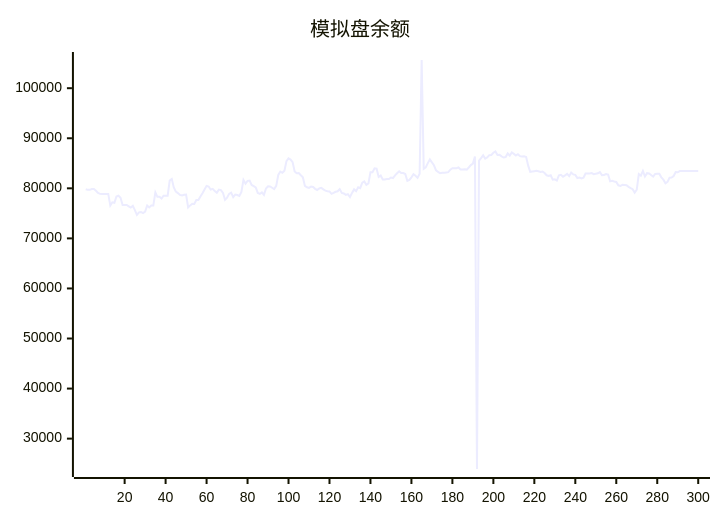
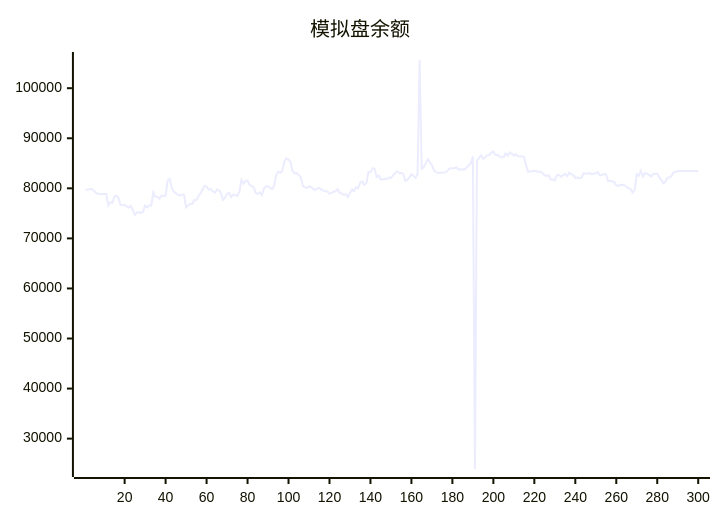
The diagram in README.md (aahl/ai-trading), drawn with Mermaid before and after one commit. The commit also changed other lines of this file and 1 other file, not shown here.

````diff
--- a/README.md
+++ b/README.md
@@ -5,5 +5,5 @@
 ```mermaid
 xychart
     title "模拟盘余额"
-    line [79819,79692,79692,79850,79850,79518,79071,78889,78850,78850,78878,78878,76554,77202,77103,78357,78510,78106,76678,76677,76672,76411,76159,76485,75656,74695,75197,75246,75052,75334,76564,76179,76553,76551,79196,78300,78300,77944,78531,78531,78521,81564,81884,80160,79335,79055,78675,78580,78708,78764,76179,76586,76902,76876,77658,77669,78346,79023,79769,80497,80366,79761,79896,79448,79126,79749,79658,79097,77695,78114,78888,79126,78249,78738,78653,78478,79271,81680,80923,81488,81527,80681,80455,80190,79084,78879,79193,78686,79954,80403,80374,80118,79848,80491,82665,83351,83098,83525,85430,85983,85737,85221,83378,83014,83043,82613,82216,80477,80208,80081,80348,80277,79894,79670,79965,80093,79786,79542,79406,79371,78893,79087,79304,79406,79841,79072,78978,78696,78846,78272,79085,79787,79442,80198,80031,81120,81379,80718,80985,83214,83212,83993,83921,82270,82547,81776,81776,81866,81866,82158,82061,82596,83000,83408,83041,83050,82858,81503,81691,82188,82812,82517,82092,82901,105633,83898,84180,85030,85781,85178,84604,83569,83298,83008,83093,83107,83175,83228,83729,84025,84017,84019,84177,83775,83762,83785,83738,84160,84639,84939,86370,23934,85548,86046,86599,85942,86161,86622,86664,87115,87369,86666,86685,86384,86152,86243,86969,86548,87164,86885,86566,86809,86427,86348,86417,86273,84538,83299,83369,83430,83490,83404,83270,83362,83056,82605,82459,82614,81734,81788,81551,82598,82702,82320,82580,82878,82426,83139,82778,82686,82056,82166,81963,82110,82951,82983,82984,83038,82838,82915,82998,83235,82642,82682,82858,82746,81396,81512,81362,81277,80600,80461,80699,80673,80616,80288,80038,79836,79142,79722,82837,82533,83480,82366,83032,82960,82654,82330,82883,82934,82901,82188,81728,81005,81298,82110,82135,82449,83264,83203,83440,83439,83440,83440,83446,83447,83448,83447,83448,83449]
+    line [79692,79692,79850,79850,79518,79071,78889,78850,78850,78878,78878,76554,77202,77103,78357,78510,78106,76678,76677,76672,76411,76159,76485,75656,74695,75197,75246,75052,75334,76564,76179,76553,76551,79196,78300,78300,77944,78531,78531,78521,81564,81884,80160,79335,79055,78675,78580,78708,78764,76179,76586,76902,76876,77658,77669,78346,79023,79769,80497,80366,79761,79896,79448,79126,79749,79658,79097,77695,78114,78888,79126,78249,78738,78653,78478,79271,81680,80923,81488,81527,80681,80455,80190,79084,78879,79193,78686,79954,80403,80374,80118,79848,80491,82665,83351,83098,83525,85430,85983,85737,85221,83378,83014,83043,82613,82216,80477,80208,80081,80348,80277,79894,79670,79965,80093,79786,79542,79406,79371,78893,79087,79304,79406,79841,79072,78978,78696,78846,78272,79085,79787,79442,80198,80031,81120,81379,80718,80985,83214,83212,83993,83921,82270,82547,81776,81776,81866,81866,82158,82061,82596,83000,83408,83041,83050,82858,81503,81691,82188,82812,82517,82092,82901,105633,83898,84180,85030,85781,85178,84604,83569,83298,83008,83093,83107,83175,83228,83729,84025,84017,84019,84177,83775,83762,83785,83738,84160,84639,84939,86370,23934,85548,86046,86599,85942,86161,86622,86664,87115,87369,86666,86685,86384,86152,86243,86969,86548,87164,86885,86566,86809,86427,86348,86417,86273,84538,83299,83369,83430,83490,83404,83270,83362,83056,82605,82459,82614,81734,81788,81551,82598,82702,82320,82580,82878,82426,83139,82778,82686,82056,82166,81963,82110,82951,82983,82984,83038,82838,82915,82998,83235,82642,82682,82858,82746,81396,81512,81362,81277,80600,80461,80699,80673,80616,80288,80038,79836,79142,79722,82837,82533,83480,82366,83032,82960,82654,82330,82883,82934,82901,82188,81728,81005,81298,82110,82135,82449,83264,83203,83440,83439,83440,83440,83446,83447,83448,83447,83448,83449,83369]
 ```
````
